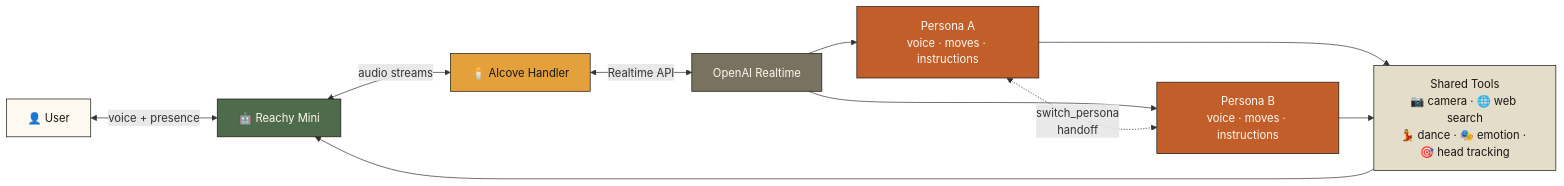
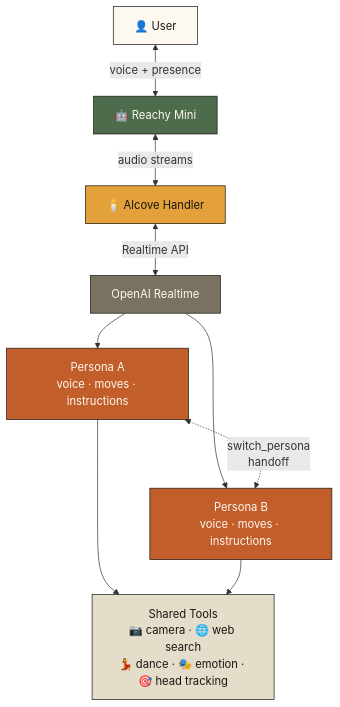
The diagram in README.md (Dev-Vibes-Daily/Alcove_HavenLiteVersion), drawn with Mermaid before and after one commit.

Commit message:
docs: flip mermaid diagram to top-to-bottom for cleaner GitHub rendering

````diff
--- a/README.md
+++ b/README.md
@@ -37,22 +37,22 @@
 ```mermaid
-flowchart LR
-    U[👤 User] <-->|voice + presence| R[🤖 Reachy Mini]
+flowchart TB
+    U[👤 User]
+    U <-->|voice + presence| R[🤖 Reachy Mini]
     R <-->|audio streams| H[🕯️ Alcove Handler]
     H <-->|Realtime API| AI[OpenAI Realtime]
 
     AI --> PA[Persona A<br/>voice · moves · instructions]
     AI --> PB[Persona B<br/>voice · moves · instructions]
     PA <-.->|switch_persona<br/>handoff| PB
 
     PA --> T[Shared Tools<br/>📷 camera · 🌐 web search<br/>💃 dance · 🎭 emotion · 🎯 head tracking]
     PB --> T
-    T --> R
 
     style U fill:#FDF9F1,stroke:#191612,color:#191612
     style R fill:#4E6C4B,stroke:#191612,color:#FDF9F1
     style H fill:#E4A03A,stroke:#191612,color:#191612
     style AI fill:#7A7261,stroke:#191612,color:#FDF9F1
     style PA fill:#C25E2A,stroke:#191612,color:#FDF9F1
     style PB fill:#C25E2A,stroke:#191612,color:#FDF9F1
     style T fill:#E4DDCA,stroke:#191612,color:#191612
 ```
````
